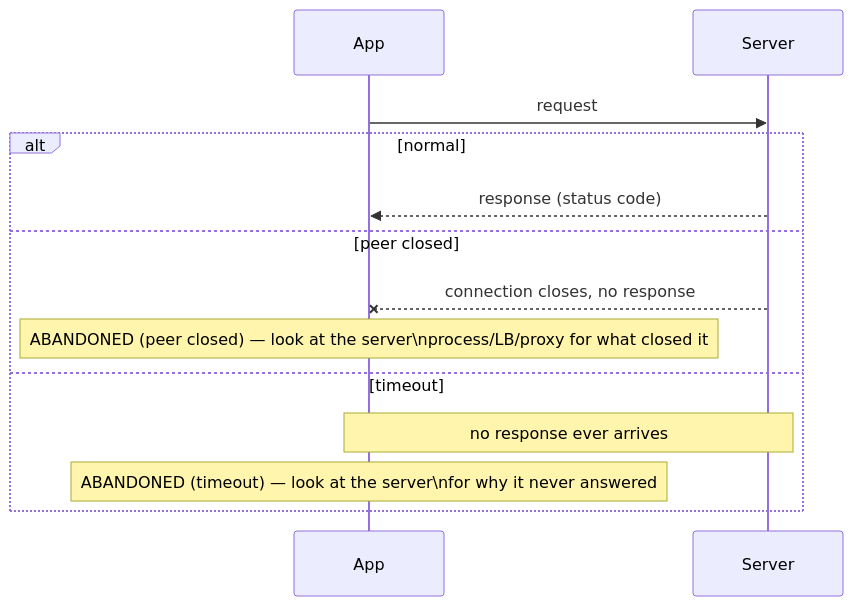
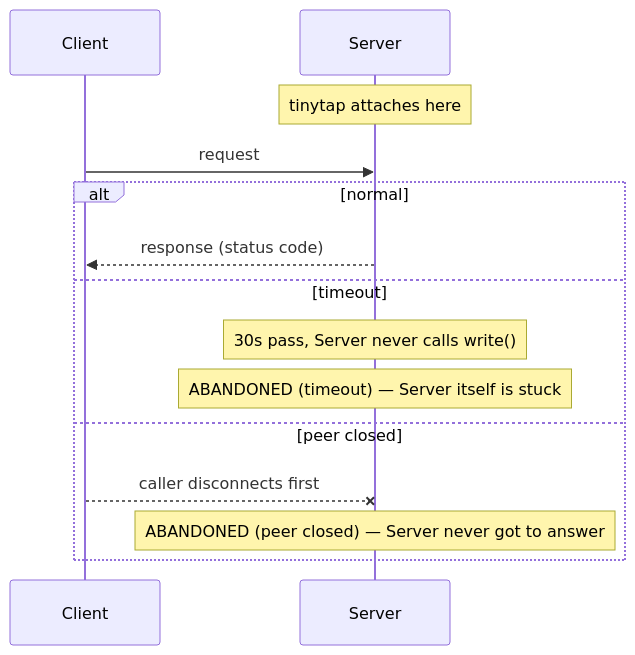
The second of 5 diagrams in site/content/docs/use-cases.md (shinagawa-web/tinytap), drawn with Mermaid before and after one commit. The commit also changed other lines of this file, not shown here.

First line of the commit message:
docs(site): run tinytap on the server, not the client, for this use case

````diff
--- a/site/content/docs/use-cases.md
+++ b/site/content/docs/use-cases.md
@@ -60,15 +62,16 @@
 ```mermaid
 sequenceDiagram
-    participant App
+    participant Client
     participant Server
-    App->>Server: request
+    Note over Server: tinytap attaches here
+    Client->>Server: request
     alt normal
-        Server-->>App: response (status code)
+        Server-->>Client: response (status code)
+    else timeout
+        Note over Server: 30s pass, Server never calls write()
+        Note over Server: ABANDONED (timeout) — Server itself is stuck
     else peer closed
-        Server--xApp: connection closes, no response
-        Note over App: ABANDONED (peer closed) — look at the server\nprocess/LB/proxy for what closed it
-    else timeout
-        Note over App,Server: no response ever arrives
-        Note over App: ABANDONED (timeout) — look at the server\nfor why it never answered
+        Client--xServer: caller disconnects first
+        Note over Server: ABANDONED (peer closed) — Server never got to answer
     end
 ```
````
